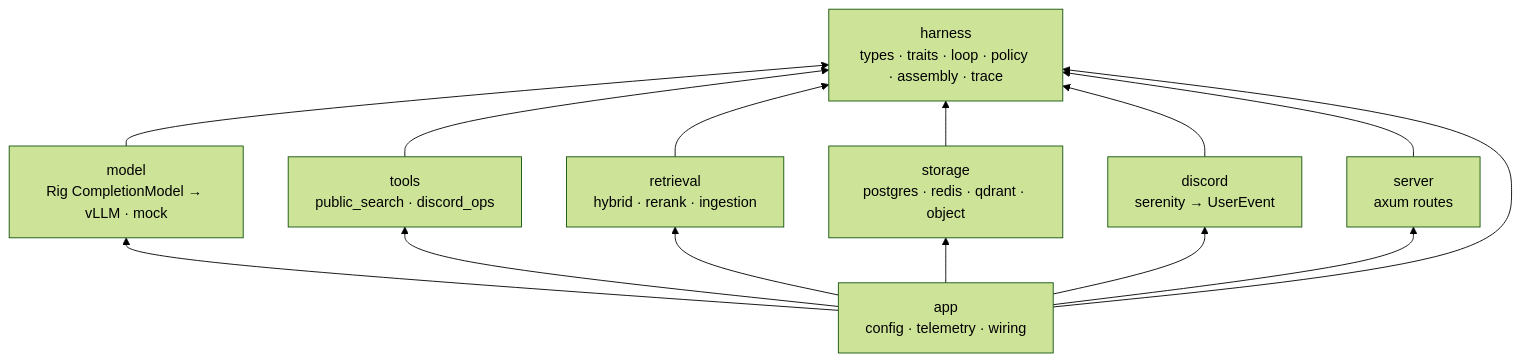
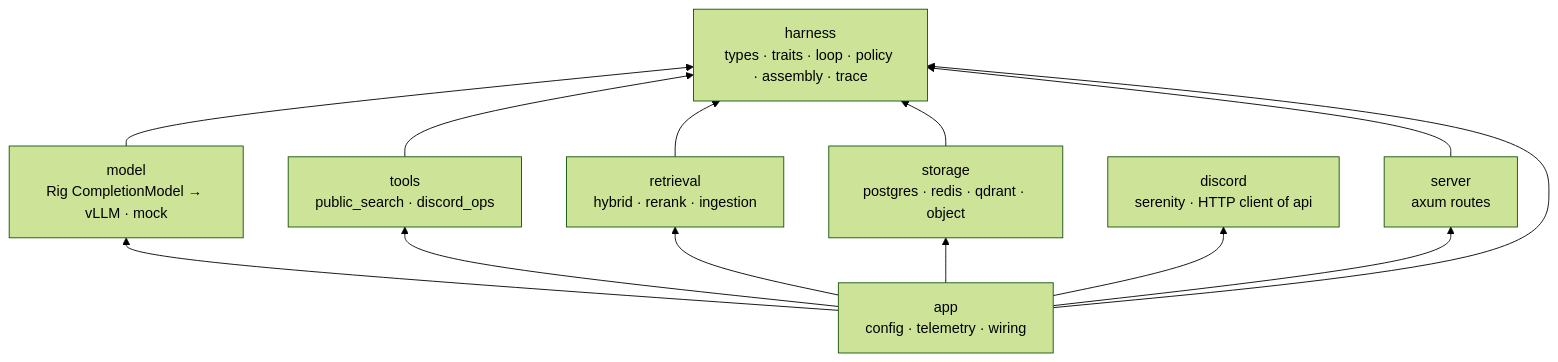
Before and after one commit to ashworks1706/SparkyAI: the second of 9 diagrams in docs/ARCHITECTURE.md, drawn with Mermaid (forest theme). The commit also changed other lines of this file and 129 other files, not shown here.

````diff
--- a/docs/ARCHITECTURE.md
+++ b/docs/ARCHITECTURE.md
@@ -71,12 +81,12 @@
 ```mermaid
 flowchart BT
     H[harness<br/>types · traits · loop · policy · assembly · trace]
     M[model<br/>Rig CompletionModel → vLLM · mock] --> H
     T[tools<br/>public_search · discord_ops] --> H
     R[retrieval<br/>hybrid · rerank · ingestion] --> H
     S[storage<br/>postgres · redis · qdrant · object] --> H
-    D[discord<br/>serenity → UserEvent] --> H
+    D[discord<br/>serenity · HTTP client of api]
     V[server<br/>axum routes] --> H
     A[app<br/>config · telemetry · wiring] --> M & T & R & S & D & V
     A --> H
 ```
````
